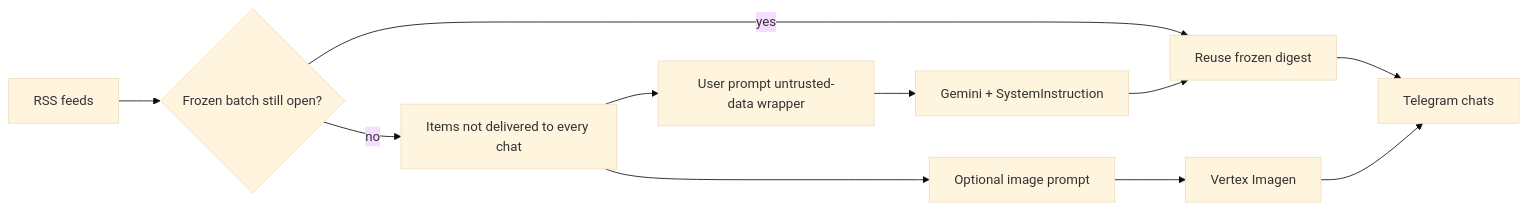
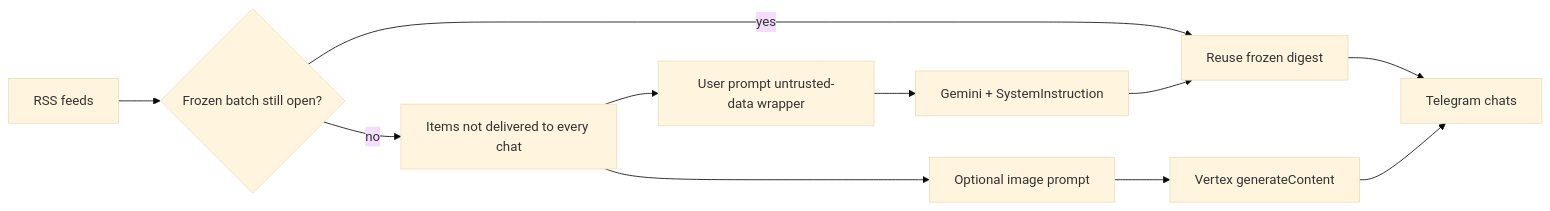
One commit to stageNumNotX/neuro-occultist-bot-sample changed the diagram in README.md. Above: the diagram before and after it, drawn with Mermaid (base theme). The commit also changed other lines of this file and 11 other files, not shown here.

First line of the commit message:
Switch Vertex images to generateContent and trim captions

````diff
--- a/README.md
+++ b/README.md
@@ -21,13 +21,13 @@
 ```mermaid
 flowchart LR
   RSS[RSS feeds] --> Pending{Frozen batch still open?}
   Pending -->|yes| Post[Reuse frozen digest]
   Pending -->|no| Filter[Items not delivered to every chat]
   Filter --> Prompt[User prompt untrusted-data wrapper]
   Prompt --> LLM[Gemini + SystemInstruction]
   LLM --> Post
   Post --> TG[Telegram chats]
   Filter --> ImgPrompt[Optional image prompt]
-  ImgPrompt --> Imagen[Vertex Imagen]
-  Imagen --> TG
+  ImgPrompt --> VertexImg[Vertex generateContent]
+  VertexImg --> TG
 ```
````
